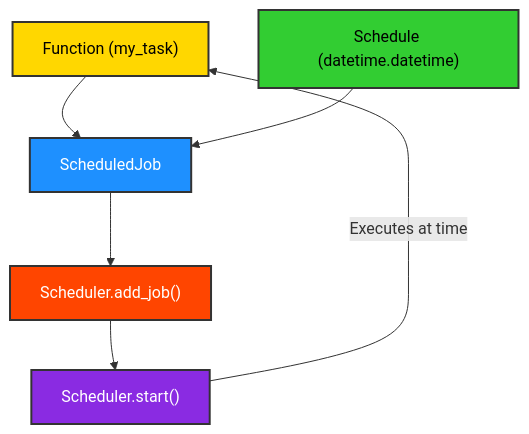
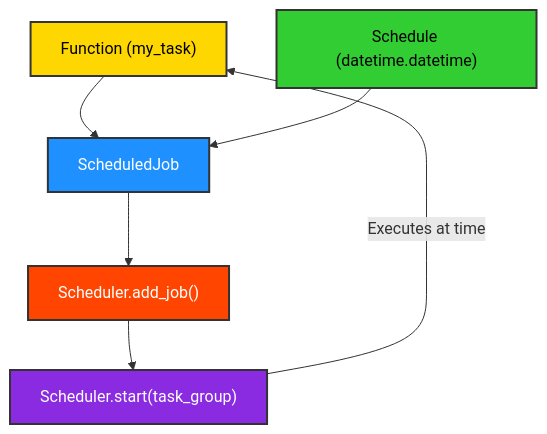
The fifth of 5 diagrams in docs/topics/12_example_use/index.md (ikko/kind), drawn with Mermaid before and after one commit. The commit also changed other lines of this file and 62 other files, not shown here.

````diff
--- a/docs/topics/12_example_use/index.md
+++ b/docs/topics/12_example_use/index.md
@@ -237,14 +243,14 @@
 ```mermaid
 graph TD
     A[Function &#40my_task&#41] --> B[ScheduledJob];
     C[Schedule &#40datetime.datetime&#41] --> B;
     B --> D[Scheduler.add_job&#40&#41];
-    D --> E[Scheduler.start&#40&#41];
+    D --> E[Scheduler.start&#40task_group&#41];
     E -- "Executes at time" --> A;
 
     style A fill:#FFD700,stroke:#333,stroke-width:2px,color:#000000;
     style B fill:#1E90FF,stroke:#333,stroke-width:2px,color:#FFFFFF;
     style C fill:#32CD32,stroke:#333,stroke-width:2px,color:#000000;
     style D fill:#FF4500,stroke:#333,stroke-width:2px,color:#FFFFFF;
     style E fill:#8A2BE2,stroke:#333,stroke-width:2px,color:#FFFFFF;
 ```
````
